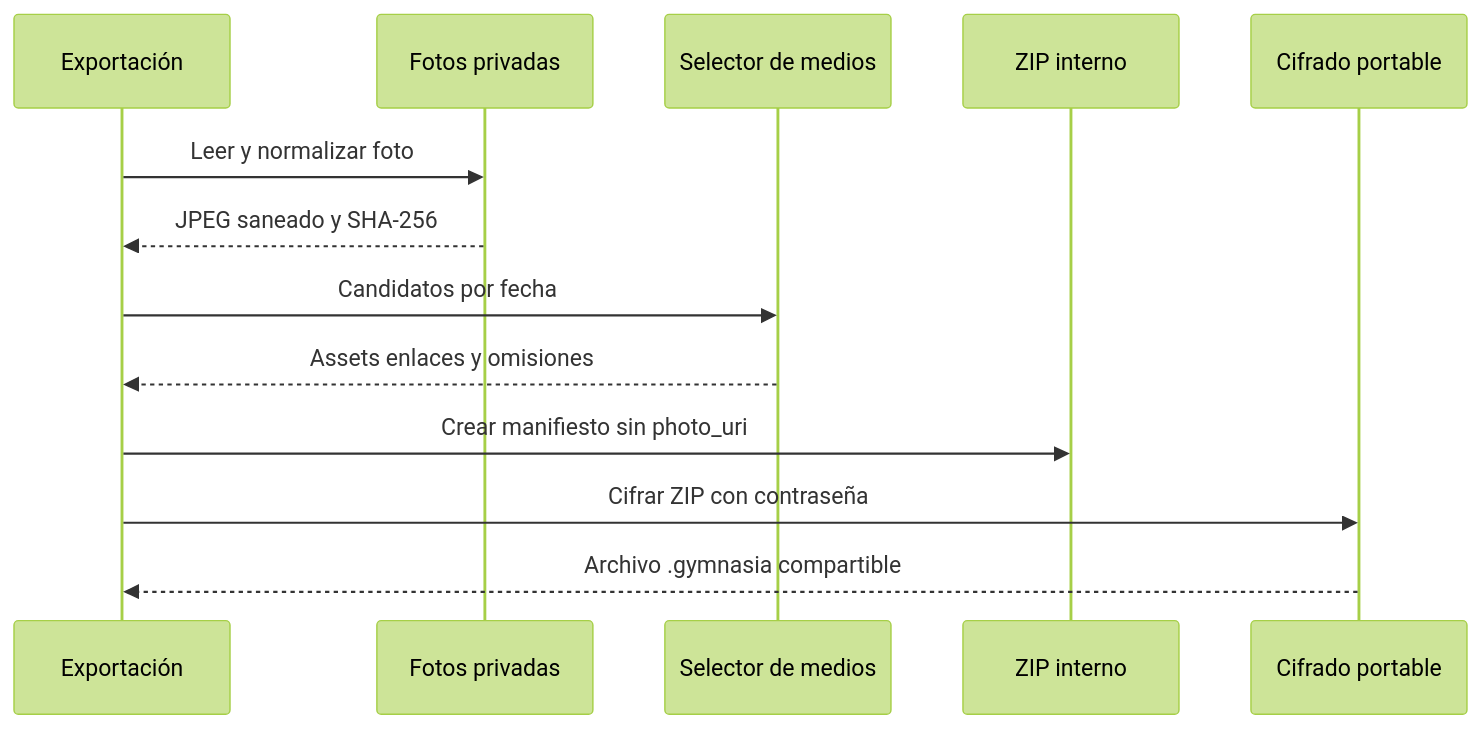
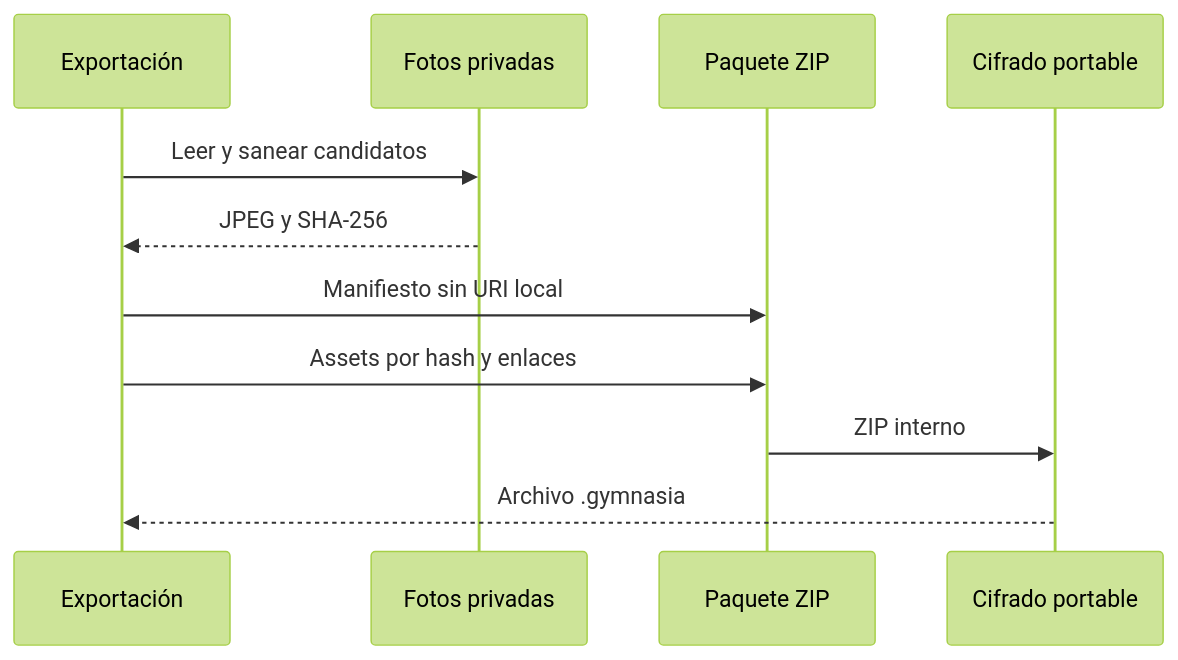
One commit to maximofn/gymnasia changed the third of 3 diagrams in openwiki/mobile/measurements.md. Above: the diagram before and after it, drawn with Mermaid (forest theme). The commit also changed other lines of this file and 41 other files, not shown here.

````diff
--- a/openwiki/mobile/measurements.md
+++ b/openwiki/mobile/measurements.md
@@ -89,15 +116,13 @@
 ```mermaid
 sequenceDiagram
-    participant UI as Exportación
+    participant Export as Exportación
     participant Media as Fotos privadas
-    participant Selector as Selector de medios
-    participant ZIP as ZIP interno
-    participant Cifrado as Cifrado portable
-    UI->>Media: Leer y normalizar foto
-    Media-->>UI: JPEG saneado y SHA-256
-    UI->>Selector: Candidatos por fecha
-    Selector-->>UI: Assets enlaces y omisiones
-    UI->>ZIP: Crear manifiesto sin photo_uri
-    UI->>Cifrado: Cifrar ZIP con contraseña
-    Cifrado-->>UI: Archivo .gymnasia compartible
+    participant Package as Paquete ZIP
+    participant Crypto as Cifrado portable
+    Export->>Media: Leer y sanear candidatos
+    Media-->>Export: JPEG y SHA-256
+    Export->>Package: Manifiesto sin URI local
+    Export->>Package: Assets por hash y enlaces
+    Package->>Crypto: ZIP interno
+    Crypto-->>Export: Archivo .gymnasia
 ```
````
